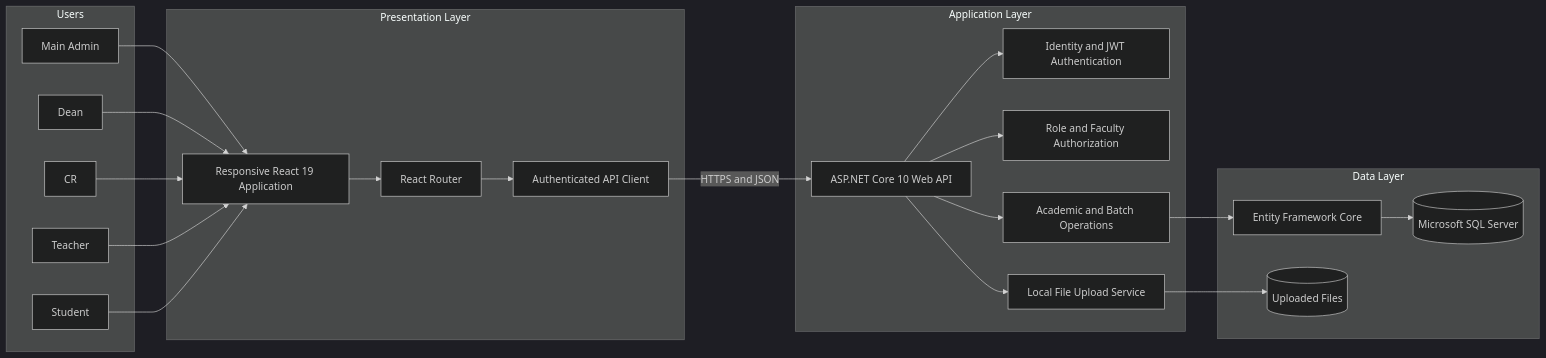
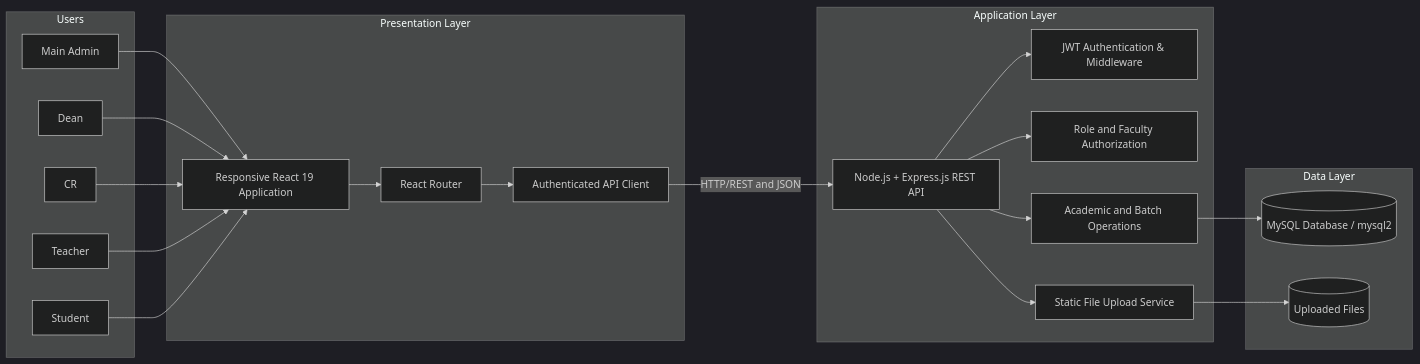
The first of 3 diagrams in PROJECT_PROPOSAL_SUMMARY.md (tanvir1538/BatchSyncFinalFBD), drawn with Mermaid (dark theme) before and after one commit. The commit also changed other lines of this file and 1 other file, not shown here.

Commit message:
Update README and documentation to reflect pure Node.js Express MySQL React stack

````diff
--- a/PROJECT_PROPOSAL_SUMMARY.md
+++ b/PROJECT_PROPOSAL_SUMMARY.md
@@ -100,43 +100,42 @@
 ```mermaid
 flowchart LR
     subgraph Users
         A[Main Admin]
         D[Dean]
         C[CR]
         T[Teacher]
         S[Student]
     end
 
     subgraph Client["Presentation Layer"]
         UI[Responsive React 19 Application]
         ROUTER[React Router]
         API_CLIENT[Authenticated API Client]
     end
 
     subgraph Server["Application Layer"]
-        WEBAPI[ASP.NET Core 10 Web API]
-        AUTH[Identity and JWT Authentication]
+        WEBAPI[Node.js + Express.js REST API]
+        AUTH[JWT Authentication & Middleware]
         RBAC[Role and Faculty Authorization]
         SERVICES[Academic and Batch Operations]
-        FILES[Local File Upload Service]
+        FILES[Static File Upload Service]
     end
 
     subgraph Data["Data Layer"]
-        EF[Entity Framework Core]
-        SQL[(Microsoft SQL Server)]
+        MYSQL[(MySQL Database / mysql2)]
         STORAGE[(Uploaded Files)]
     end
 
     A --> UI
     D --> UI
     C --> UI
     T --> UI
     S --> UI
     UI --> ROUTER --> API_CLIENT
-    API_CLIENT -->|HTTPS and JSON| WEBAPI
+    API_CLIENT -->|HTTP/REST and JSON| WEBAPI
     WEBAPI --> AUTH
     WEBAPI --> RBAC
     WEBAPI --> SERVICES
-    SERVICES --> EF --> SQL
+    SERVICES --> MYSQL
     WEBAPI --> FILES --> STORAGE
 ```
````
